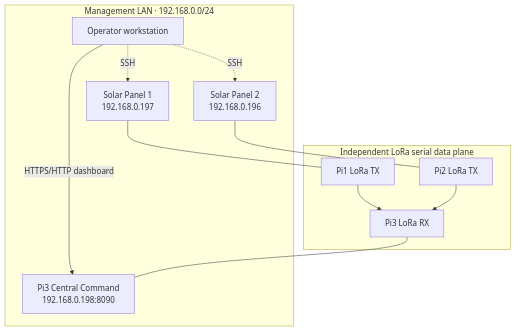
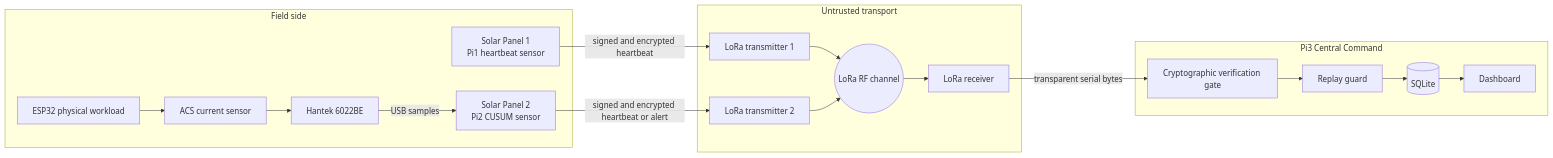
The second of 12 diagrams in README.md (RodrigoGaluppo/HackYeah2026-LayerOne), drawn with Mermaid before and after one commit. The commit also changed other lines of this file, not shown here.

````diff
--- a/README.md
+++ b/README.md
@@ -102,24 +108,33 @@
 ```mermaid
-flowchart TB
-    subgraph LAN[Management LAN · 192.168.0.0/24]
-        ADMIN[Operator workstation]
-        PI1LAN[Solar Panel 1\n192.168.0.197]
-        PI2LAN[Solar Panel 2\n192.168.0.196]
-        PI3LAN[Pi3 Central Command\n192.168.0.198:8090]
-        ADMIN -. SSH .-> PI1LAN
-        ADMIN -. SSH .-> PI2LAN
-        ADMIN -->|HTTPS/HTTP dashboard| PI3LAN
+flowchart LR
+    subgraph Field[Field side]
+        SP1[Solar Panel 1\nPi1 heartbeat sensor]
+        TARGET[ESP32 physical workload]
+        ACS[ACS current sensor]
+        HANTEK[Hantek 6022BE]
+        SP2[Solar Panel 2\nPi2 CUSUM sensor]
+        TARGET --> ACS --> HANTEK -->|USB samples| SP2
     end
 
-    subgraph LORA[Independent LoRa serial data plane]
-        PI1RF[Pi1 LoRa TX]
-        PI2RF[Pi2 LoRa TX]
-        PI3RF[Pi3 LoRa RX]
-        PI1RF --> PI3RF
-        PI2RF --> PI3RF
+    subgraph Untrusted[Untrusted transport]
+        TX1[LoRa transmitter 1]
+        TX2[LoRa transmitter 2]
+        AIR((LoRa RF channel))
+        RX[LoRa receiver]
+        TX1 --> AIR
+        TX2 --> AIR
+        AIR --> RX
     end
 
-    PI1LAN --- PI1RF
-    PI2LAN --- PI2RF
-    PI3RF --- PI3LAN
+    subgraph Command[Pi3 Central Command]
+        GATE[Cryptographic verification gate]
+        REPLAY[Replay guard]
+        DB[(SQLite)]
+        DASH[Dashboard]
+        GATE --> REPLAY --> DB --> DASH
+    end
+
+    SP1 -->|signed and encrypted heartbeat| TX1
+    SP2 -->|signed and encrypted heartbeat or alert| TX2
+    RX -->|transparent serial bytes| GATE
 ```
````
